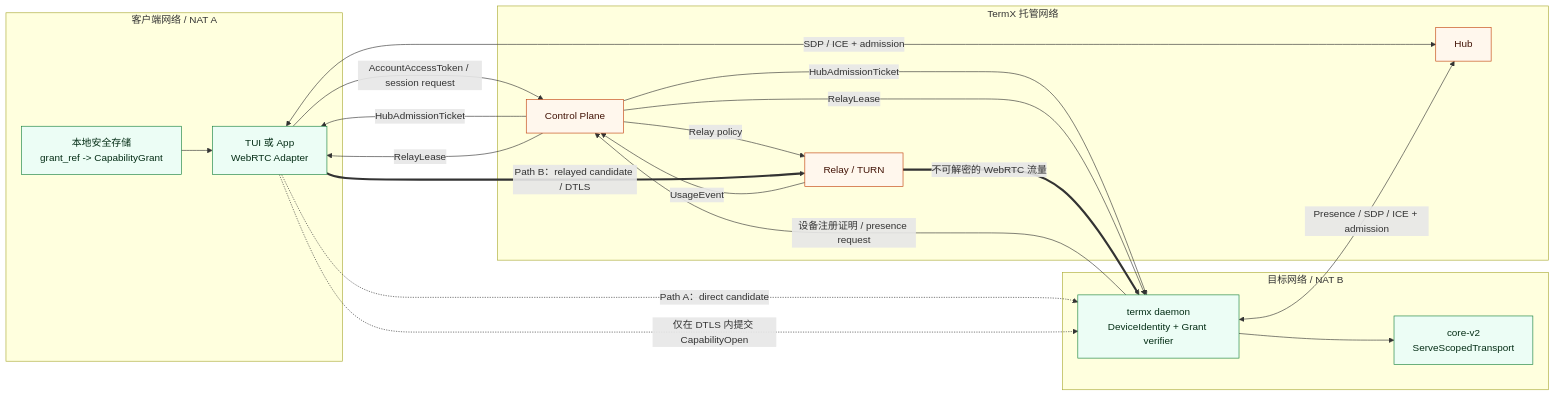
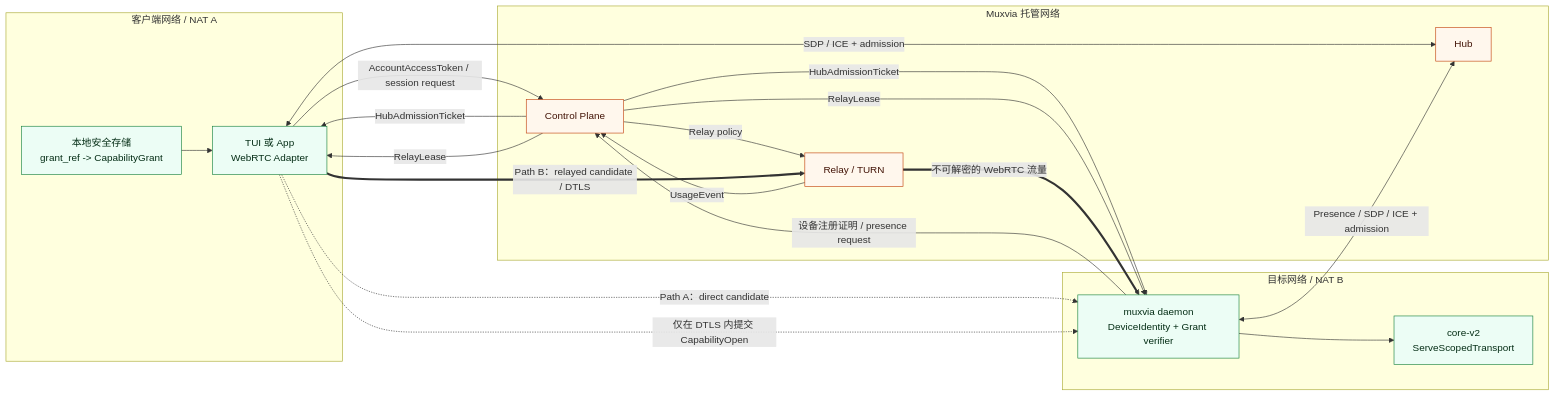
The second of 5 diagrams in docs/remote-platform/network-topology.md (lozzo/termx), drawn with Mermaid before and after one commit. The commit also changed other lines of this file and 208 other files, not shown here.

````diff
--- a/docs/remote-platform/network-topology.md
+++ b/docs/remote-platform/network-topology.md
@@ -79,42 +79,42 @@
 ```mermaid
 flowchart LR
     subgraph ClientNet["客户端网络 / NAT A"]
         C["TUI 或 App<br/>WebRTC Adapter"]
         CS["本地安全存储<br/>grant_ref -> CapabilityGrant"]
         CS --> C
     end
 
-    subgraph PrivateCloud["TermX 托管网络"]
+    subgraph PrivateCloud["Muxvia 托管网络"]
         CP["Control Plane"]
         H["Hub"]
         R["Relay / TURN"]
     end
 
     subgraph DaemonNet["目标网络 / NAT B"]
-        D["termx daemon<br/>DeviceIdentity + Grant verifier"]
+        D["muxvia daemon<br/>DeviceIdentity + Grant verifier"]
         V["core-v2<br/>ServeScopedTransport"]
         D --> V
     end
 
     C -->|"AccountAccessToken / session request"| CP
     D -->|"设备注册证明 / presence request"| CP
     CP -->|"HubAdmissionTicket"| C
     CP -->|"HubAdmissionTicket"| D
     C <-->|"SDP / ICE + admission"| H
     D <-->|"Presence / SDP / ICE + admission"| H
 
     C -.->|"Path A：direct candidate"| D
     CP -->|"RelayLease"| C
     CP -->|"RelayLease"| D
     CP -->|"Relay policy"| R
     C ==>|"Path B：relayed candidate / DTLS"| R
     R ==>|"不可解密的 WebRTC 流量"| D
     R -->|"UsageEvent"| CP
 
     C -.->|"仅在 DTLS 内提交 CapabilityOpen"| D
 
     classDef openNode fill:#ecfdf5,stroke:#15803d,color:#052e16;
     classDef privateNode fill:#fff7ed,stroke:#c2410c,color:#431407;
     class C,CS,D,V openNode;
     class CP,H,R privateNode;
 ```
````
